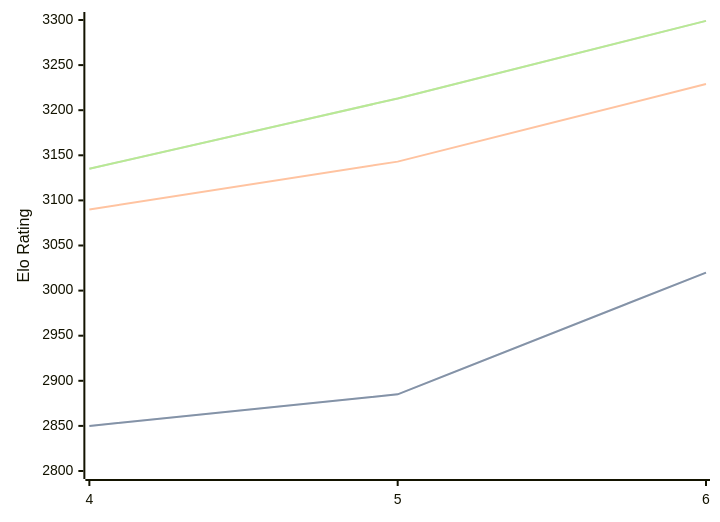
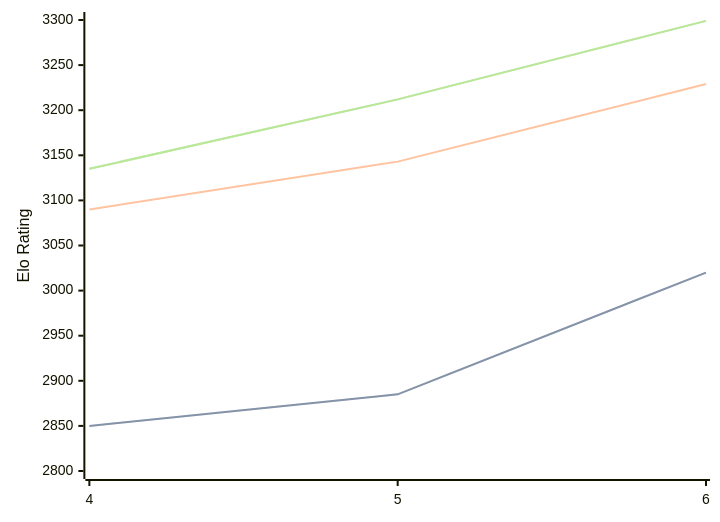
The diagram in engines/Cwtch.md (computer-chess-index/cci), drawn with Mermaid before and after one commit. The commit also changed other lines of this file, not shown here.

Commit message:
Update CCI Ratings (ELO VLTC) - 2026-09-15

````diff
--- a/engines/Cwtch.md
+++ b/engines/Cwtch.md
@@ -34,11 +34,11 @@
 ```mermaid
 %%{init: {"theme":"base","themeVariables":{"seriesColors:['#a3a3a3','#222221','#faa371']}}}%%
 xychart-beta
   x-axis ["4", "5", "6"]
   y-axis "Elo Rating" 2800 --> 3300
   line "" [2850, 2885, 3020]
   line "STC (8.0+0.08s)" [2850, 2885, 3020]
   line "LTC (60.0+0.60s)" [3090, 3143, 3229]
-  line "" [3135, 3213, 3299]
-  line "VLTC (2m24s+1.12s)" [3135, 3213, 3299]
+  line "" [3135, 3212, 3299]
+  line "VLTC (2m24s+1.12s)" [3135, 3212, 3299]
 ```
````
